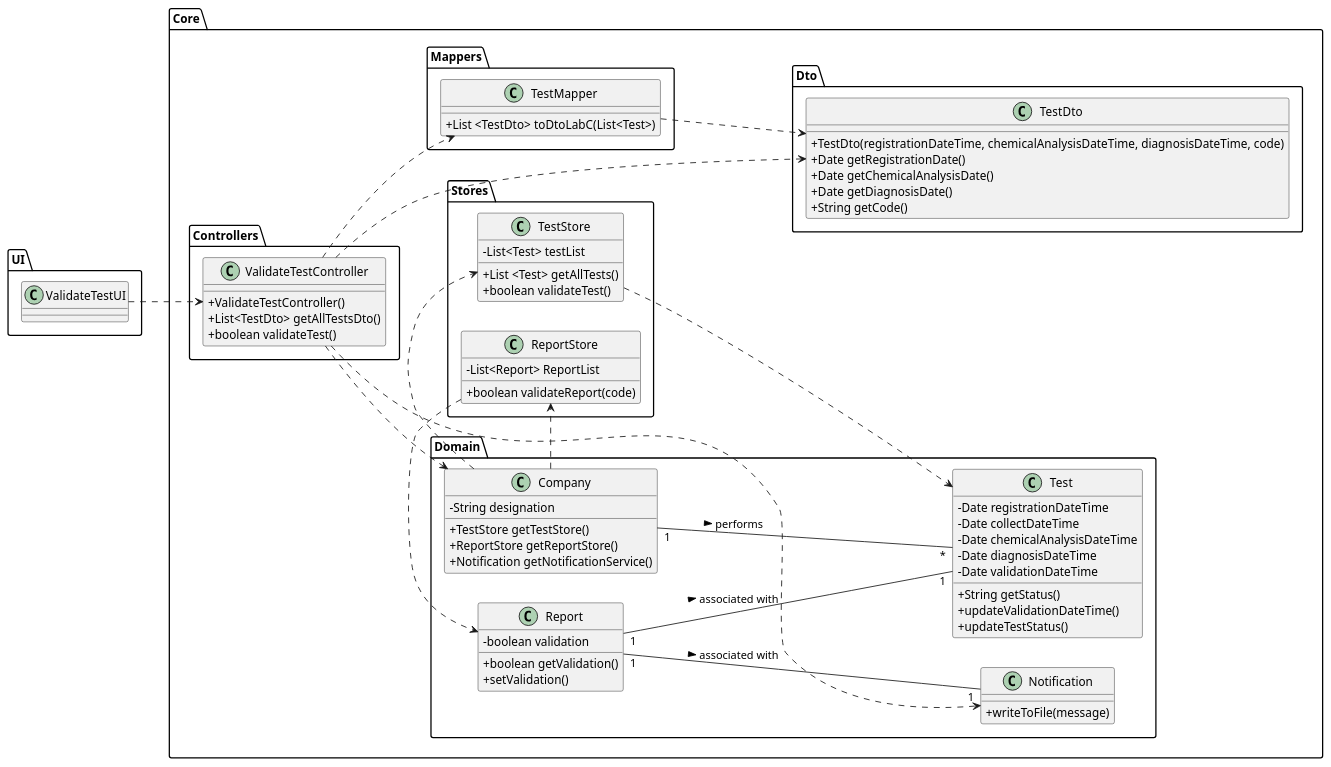
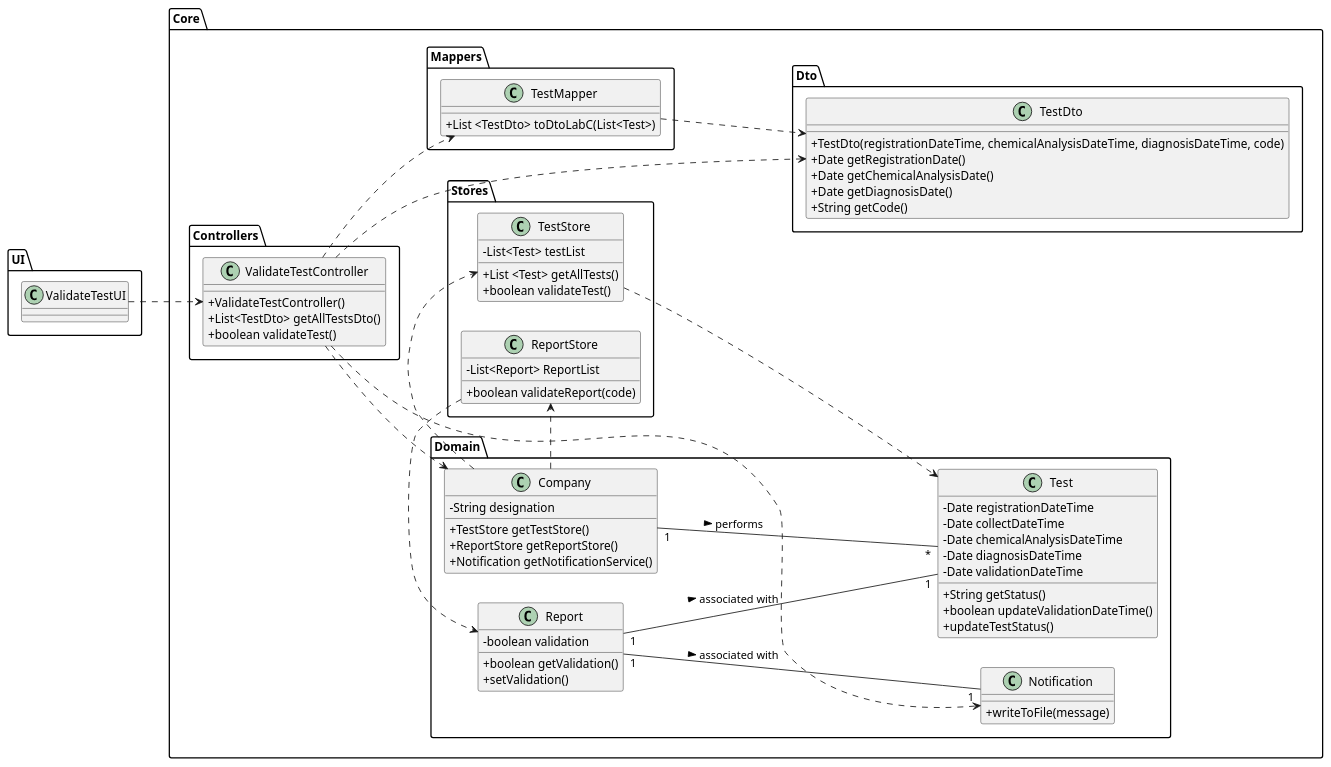
One commit to 0franciscor/lei-21-s2-1de-g19 changed the diagram in docs/SprintC/US15/US15-CD.puml. Above: the diagram before and after it, drawn with PlantUML. The commit also changed 5 other files, not shown here.

```diff
--- a/docs/SprintC/US15/US15-CD.puml
+++ b/docs/SprintC/US15/US15-CD.puml
@@ -1,110 +1,110 @@
 @startuml
 skinparam classAttributeIconSize 0
 left to right direction
 
 package Core{
 
 package Domain{
 class "Company" as C {
 -String designation
 +TestStore getTestStore()
 +ReportStore getReportStore()
 +Notification getNotificationService()
 }
 
 class "Test" as T {
 -Date registrationDateTime
 -Date collectDateTime
 -Date chemicalAnalysisDateTime
 -Date diagnosisDateTime
 -Date validationDateTime
 +String getStatus()
-+updateValidationDateTime()
++boolean updateValidationDateTime()
 +updateTestStatus()
 }
 
 class "Report" as R{
 -boolean validation
 +boolean getValidation()
 + setValidation()
 }
 
 class "Notification" as N{
 + writeToFile(message)
 }
 
 }
 
 package Stores{
 class "TestStore" as TS{
 -List<Test> testList
 +List <Test> getAllTests()
 +boolean validateTest()
 }
 
 class "ReportStore" as RS{
 -List<Report> ReportList
 +boolean validateReport(code)
 }
 }
 
 
 
 package Controllers{
 class "ValidateTestController" as VTC {
 +ValidateTestController()
 +List<TestDto> getAllTestsDto()
 +boolean validateTest()
 }
 
 
 
 
 
 }
 
 package Mappers{
 class "TestMapper" as tM{
 +List <TestDto> toDtoLabC(List<Test>)
 }
 
 }
 
 
 package Dto{
 class "TestDto" as tDto{
 +TestDto(registrationDateTime, chemicalAnalysisDateTime, diagnosisDateTime, code)
 +Date getRegistrationDate()
 +Date getChemicalAnalysisDate()
 +Date getDiagnosisDate()
 +String getCode()
 }
 
 
 
 }
 
 }
 package UI{
 class "ValidateTestUI" as VTUI
 }
 
 VTUI ..> VTC
 
 C ..> TS
 C ..> RS
 VTC ..> C
 VTC ..> tM
 VTC ..> tDto
 VTC ..> N
 
 TS ..> T
 tM ..> tDto
 
 C "1" -- "*" T : > performs
 
 RS ..> R
 R "1" -- "1" T : > associated with
 R "1" -- "1" N : > associated with
 
 @enduml
```
